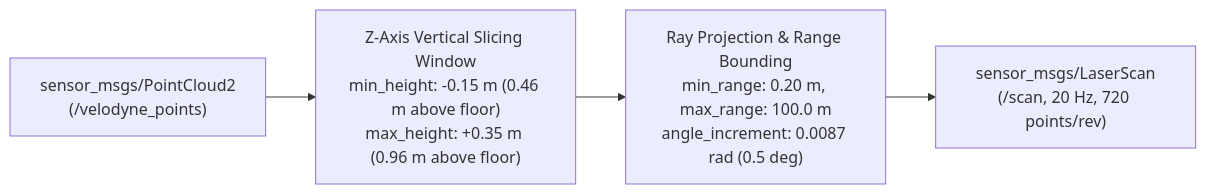
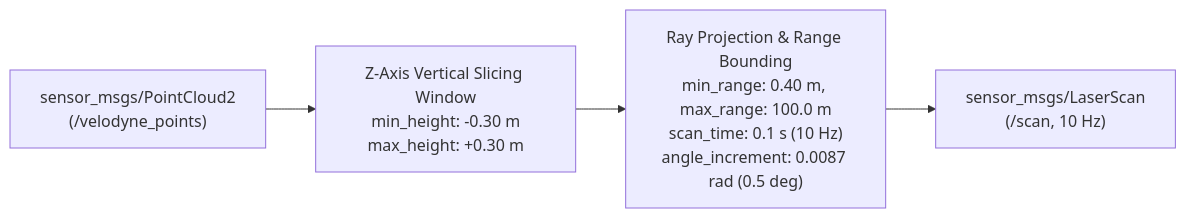
One commit to itbdelaboprogramming/msd700_documentation changed the second of 2 diagrams in docs/development/ros/sensor-fusion-and-control.md. Above: the diagram before and after it, drawn with Mermaid. The commit also changed other lines of this file and 110 other files, not shown here.

````diff
--- a/docs/development/ros/sensor-fusion-and-control.md
+++ b/docs/development/ros/sensor-fusion-and-control.md
@@ -125,6 +124,6 @@
 ```mermaid
 flowchart LR
-  PCL["sensor_msgs/PointCloud2<br/>(/velodyne_points)"] --> SLICE["Z-Axis Vertical Slicing Window<br/>min_height: -0.15 m (0.46 m above floor)<br/>max_height: +0.35 m (0.96 m above floor)"]
-  SLICE --> PROJ["Ray Projection & Range Bounding<br/>min_range: 0.20 m, max_range: 100.0 m<br/>angle_increment: 0.0087 rad (0.5 deg)"]
-  PROJ --> SCAN["sensor_msgs/LaserScan<br/>(/scan, 20 Hz, 720 points/rev)"]
+  PCL["sensor_msgs/PointCloud2<br/>(/velodyne_points)"] --> SLICE["Z-Axis Vertical Slicing Window<br/>min_height: -0.30 m<br/>max_height: +0.30 m"]
+  SLICE --> PROJ["Ray Projection & Range Bounding<br/>min_range: 0.40 m, max_range: 100.0 m<br/>scan_time: 0.1 s (10 Hz)<br/>angle_increment: 0.0087 rad (0.5 deg)"]
+  PROJ --> SCAN["sensor_msgs/LaserScan<br/>(/scan, 10 Hz)"]
 ```
````
